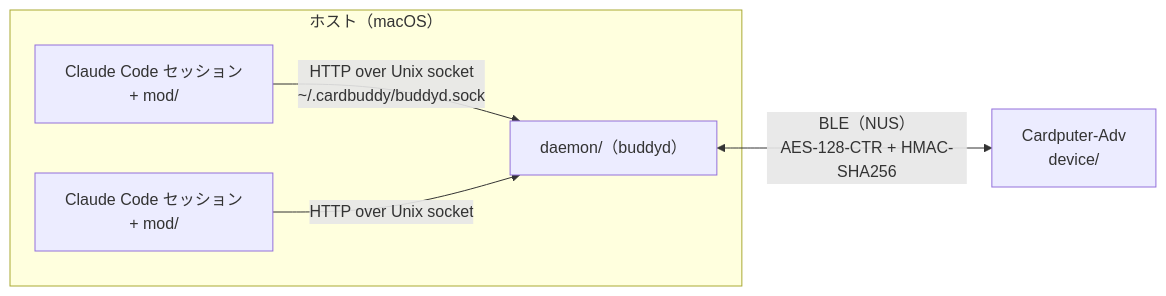
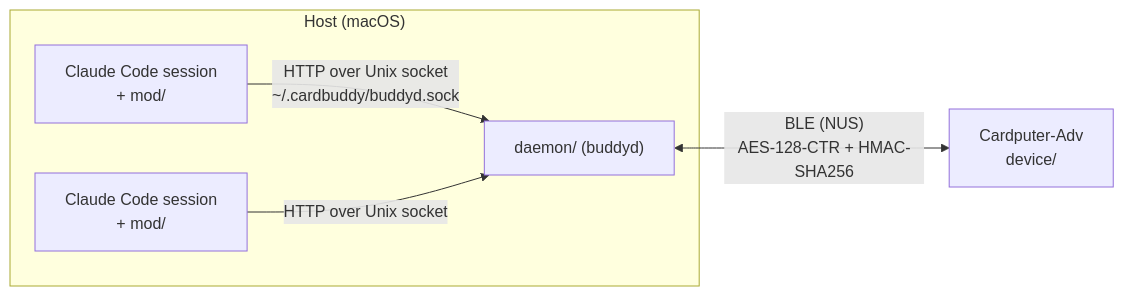
One commit to sohsatoh/cardputer-cli-buddy changed the diagram in README.md. Above: the diagram before and after it, drawn with Mermaid. The commit also changed other lines of this file and 1 other file, not shown here.

````diff
--- a/README.md
+++ b/README.md
@@ -13,12 +15,12 @@
 ```mermaid
 flowchart LR
-  subgraph host["ホスト（macOS）"]
-    cc1["Claude Code セッション<br>+ mod/"]
-    cc2["Claude Code セッション<br>+ mod/"]
-    d["daemon/（buddyd）"]
+  subgraph host["Host (macOS)"]
+    cc1["Claude Code session<br>+ mod/"]
+    cc2["Claude Code session<br>+ mod/"]
+    d["daemon/ (buddyd)"]
   end
   dev["Cardputer-Adv<br>device/"]
   cc1 -- "HTTP over Unix socket<br>~/.cardbuddy/buddyd.sock" --> d
   cc2 -- "HTTP over Unix socket" --> d
-  d <-- "BLE（NUS）<br>AES-128-CTR + HMAC-SHA256" --> dev
+  d <-- "BLE (NUS)<br>AES-128-CTR + HMAC-SHA256" --> dev
 ```
````
